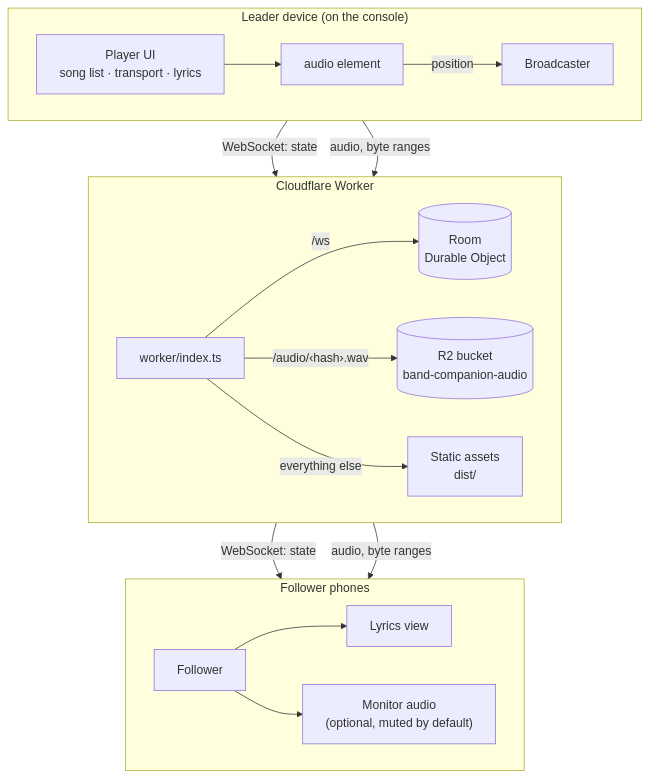
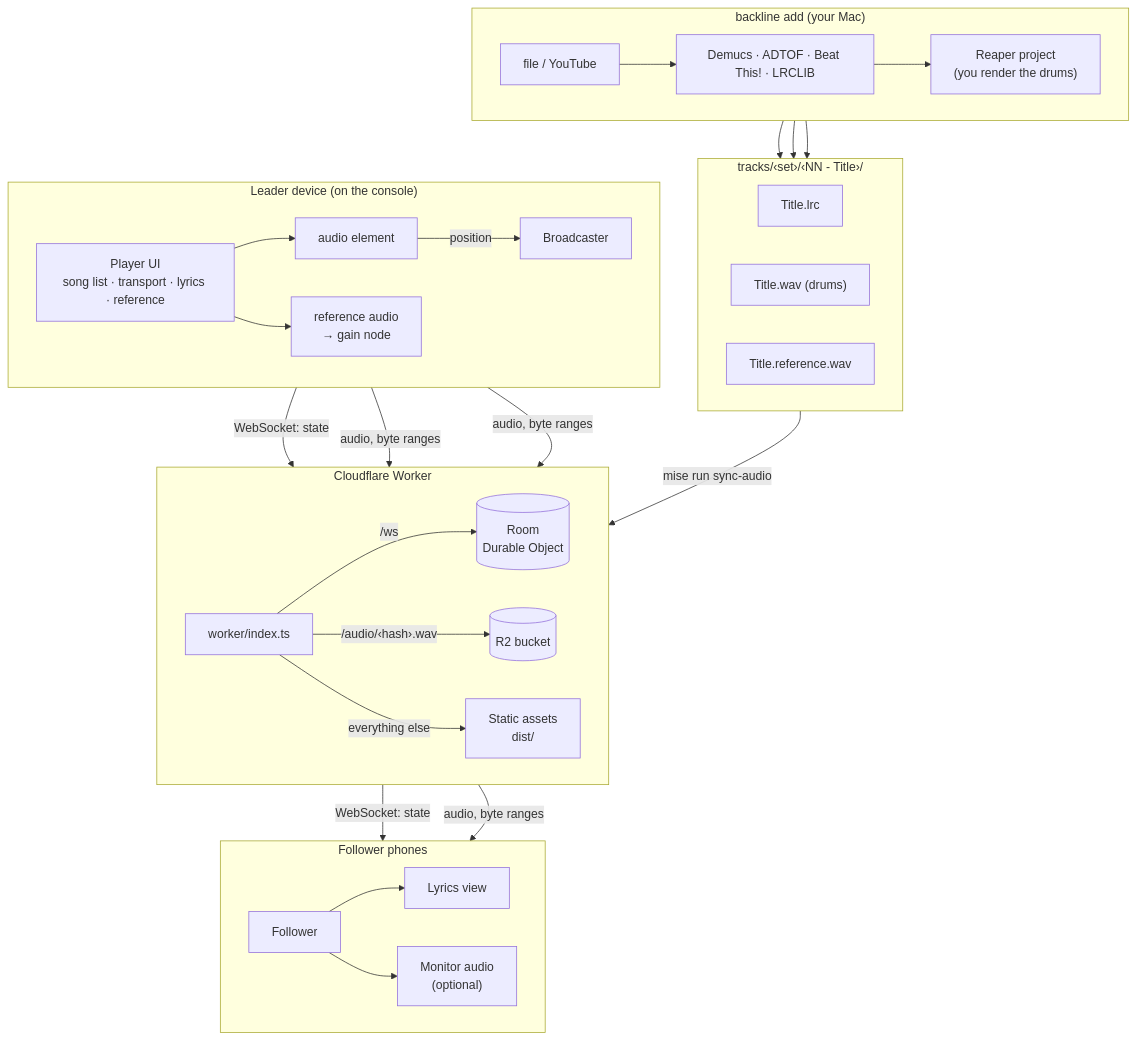
Before and after one commit to lucasefe/band-companion: the first of 2 diagrams in README.md, drawn with Mermaid. The commit also changed other lines of this file and 2 other files, not shown here.

Commit message:
Docs: README and AGENTS for Backline as one project; PLAN kept as design notes

````diff
--- a/README.md
+++ b/README.md
@@ -130,36 +270,58 @@
 ```mermaid
 flowchart TB
+    subgraph import["backline add (your Mac)"]
+        direction LR
+        SRC["file / YouTube"]
+        ML["Demucs · ADTOF · Beat This! · LRCLIB"]
+        RPP["Reaper project<br/>(you render the drums)"]
+        SRC --> ML --> RPP
+    end
+
+    subgraph tracks["tracks/‹set›/‹NN - Title›/"]
+        direction LR
+        LRC["Title.lrc"]
+        WAV["Title.wav (drums)"]
+        REF["Title.reference.wav"]
+    end
+
     subgraph leader["Leader device (on the console)"]
         direction LR
-        LUI["Player UI<br/>song list · transport · lyrics"]
+        LUI["Player UI<br/>song list · transport · lyrics · reference"]
         LA["audio element"]
+        LR["reference audio<br/>→ gain node"]
         LB["Broadcaster"]
         LUI --> LA
+        LUI --> LR
         LA -- "position" --> LB
     end
 
     subgraph cf["Cloudflare Worker"]
         direction LR
         DO[("Room<br/>Durable Object")]
         W["worker/index.ts"]
-        R2[("R2 bucket<br/>band-companion-audio")]
+        R2[("R2 bucket")]
         AS["Static assets<br/>dist/"]
         W -- "/ws" --> DO
         W -- "/audio/‹hash›.wav" --> R2
         W -- "everything else" --> AS
     end
 
     subgraph followers["Follower phones"]
         direction LR
         FUI["Lyrics view"]
         FF["Follower"]
-        FM["Monitor audio<br/>(optional, muted by default)"]
+        FM["Monitor audio<br/>(optional)"]
         FF --> FUI
         FF --> FM
     end
 
+    ML --> LRC
+    ML --> REF
+    RPP --> WAV
+    tracks -- "mise run sync-audio" --> R2
     LB -- "WebSocket: state" --> W
     LA -- "audio, byte ranges" --> W
+    LR -- "audio, byte ranges" --> W
     W -- "WebSocket: state" --> FF
     W -- "audio, byte ranges" --> FM
 ```
````
